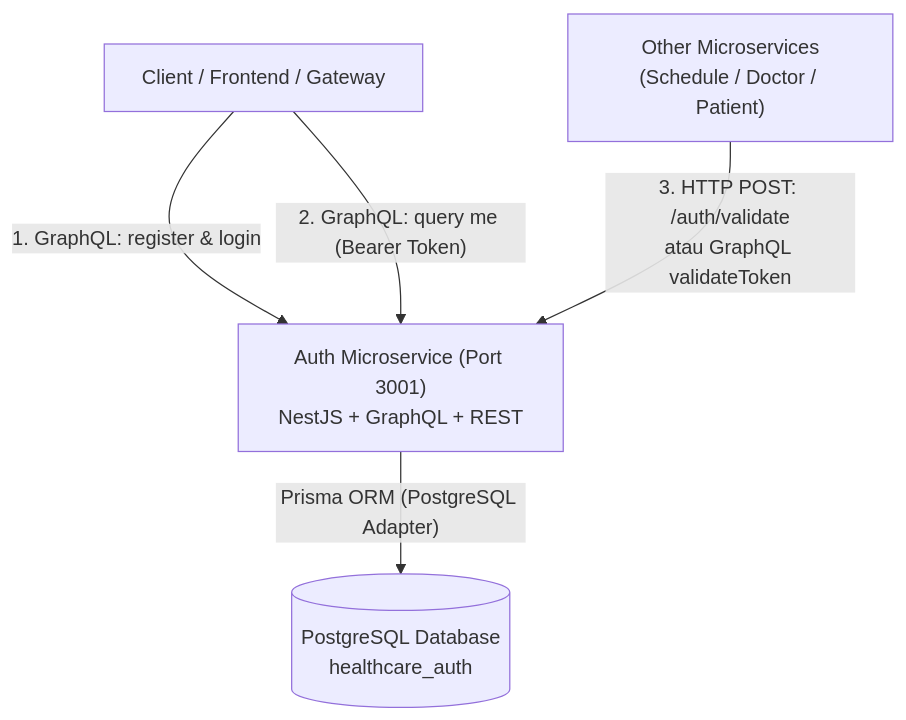
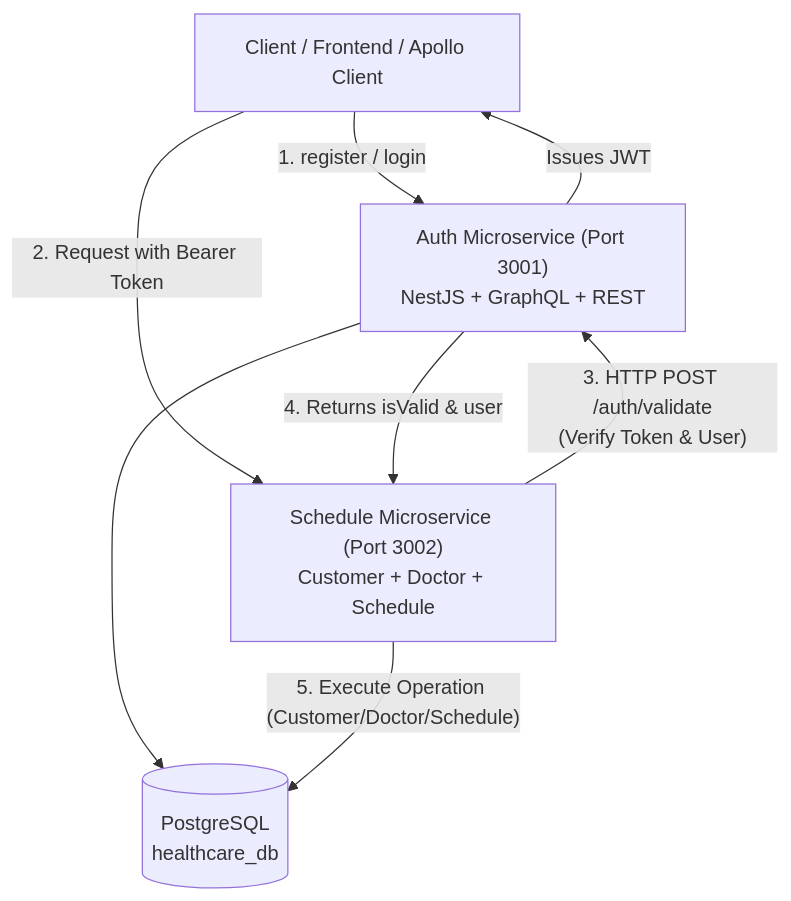
The diagram in README.md (devfajar/healthcare_scheduling_system), drawn with Mermaid before and after one commit. The commit also changed other lines of this file and 61 other files, not shown here.

Commit message:
Add: schedule service and add colletionn schedule

````diff
--- a/README.md
+++ b/README.md
@@ -11,17 +13,20 @@
 ```mermaid
 flowchart TD
-    Client["Client / Frontend / Gateway"]
+    Client["Client / Frontend / Apollo Client"]
     AuthService["Auth Microservice (Port 3001)\nNestJS + GraphQL + REST"]
-    PostgresDB[("PostgreSQL Database\nhealthcare_auth")]
-    OtherServices["Other Microservices\n(Schedule / Doctor / Patient)"]
+    ScheduleService["Schedule Microservice (Port 3002)\nCustomer + Doctor + Schedule"]
+    PostgresDB[("PostgreSQL\nhealthcare_db")]
 
-    %% User Flows
-    Client -->|"1. GraphQL: register & login"| AuthService
-    Client -->|"2. GraphQL: query me (Bearer Token)"| AuthService
+    %% Authentication Flow
+    Client -->|"1. register / login"| AuthService
+    AuthService -->|"Issues JWT"| Client
+    AuthService --> PostgresDB
 
-    %% Inter-service Flow
-    OtherServices -->|"3. HTTP POST: /auth/validate\natau GraphQL validateToken"| AuthService
+    %% Protected Schedule Service Requests
+    Client -->|"2. Request with Bearer Token"| ScheduleService
+    ScheduleService -->|"3. HTTP POST /auth/validate\n(Verify Token & User)"| AuthService
+    AuthService -- "4. Returns isValid & user" --> ScheduleService
 
-    %% Database Flow
-    AuthService -->|"Prisma ORM (PostgreSQL Adapter)"| PostgresDB
+    %% Schedule DB Operations
+    ScheduleService -->|"5. Execute Operation (Customer/Doctor/Schedule)"| PostgresDB
 ```
````
